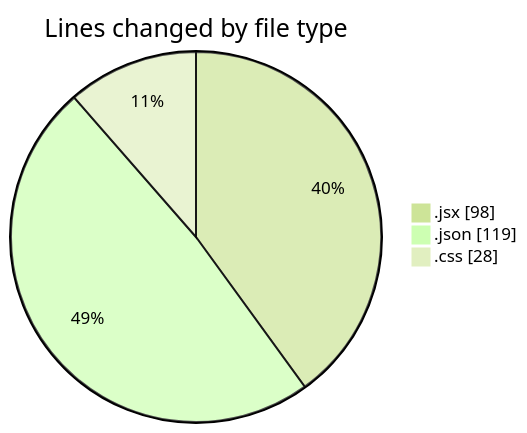
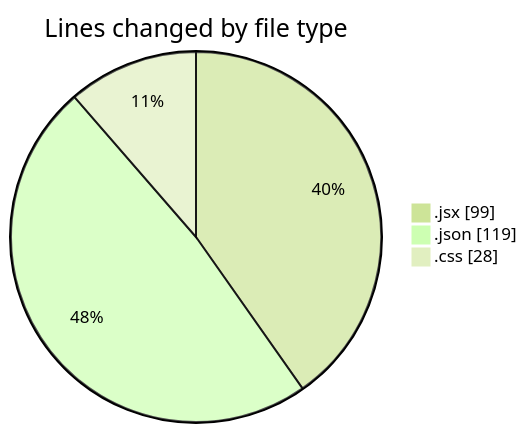
Before and after one commit to Elitesun/code-tracking: the first of 2 diagrams in 2025-01-24/react/README.md, drawn with Mermaid (forest theme). The commit also changed other lines of this file and 1 other file, not shown here.

````diff
--- a/2025-01-24/react/README.md
+++ b/2025-01-24/react/README.md
@@ -26,7 +26,7 @@
 ```mermaid
 pie showData
 title Lines changed by file type
-".jsx" : 98
+".jsx" : 99
 ".json" : 119
 ".css" : 28
 ```
````
